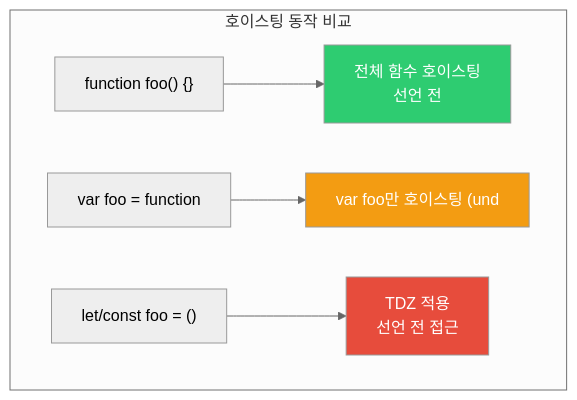
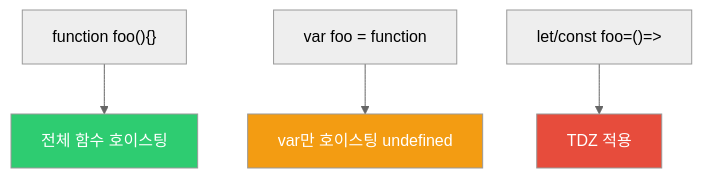
The seventh of 9 diagrams in _posts/frontend/2026-05-02-js-var-let-const.md (yjkim2015/yjkim2015.github.io), drawn with Mermaid (neutral theme) before and after one commit. The commit also changed other lines of this file and 155 other files, not shown here.

First line of the commit message:
Mermaid 전면 수정: subgraph 제거, participant/노드/줄수 축소 (342블록)

````diff
--- a/_posts/frontend/2026-05-02-js-var-let-const.md
+++ b/_posts/frontend/2026-05-02-js-var-let-const.md
@@ -367,11 +358,9 @@
 ```mermaid
 flowchart TD
-    subgraph "호이스팅 동작 비교"
-        A["function foo() {}"] --> A1["전체 함수 호이스팅<br>선언 전"]
-        B["var foo = function"] --> B1["var foo만 호이스팅 (und"]
-        C["let/const foo = ()"] --> C1["TDZ 적용<br>선언 전 접근"]
-    end
+    A["function foo(){}"] --> A1["전체 함수 호이스팅"]
+    B["var foo = function"] --> B1["var만 호이스팅 undefined"]
+    C["let/const foo=()=>"] --> C1["TDZ 적용"]
     style A1 fill:#2ecc71,color:#fff
     style B1 fill:#f39c12,color:#fff
     style C1 fill:#e74c3c,color:#fff
 ```
````
